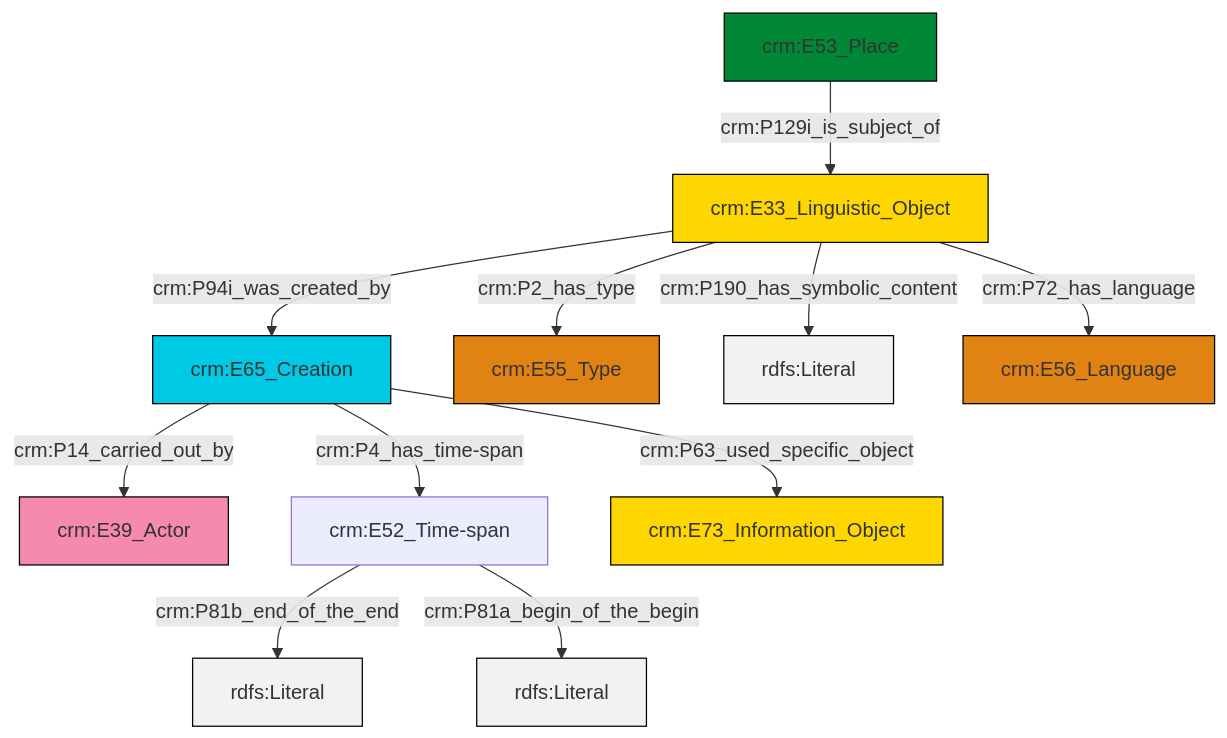
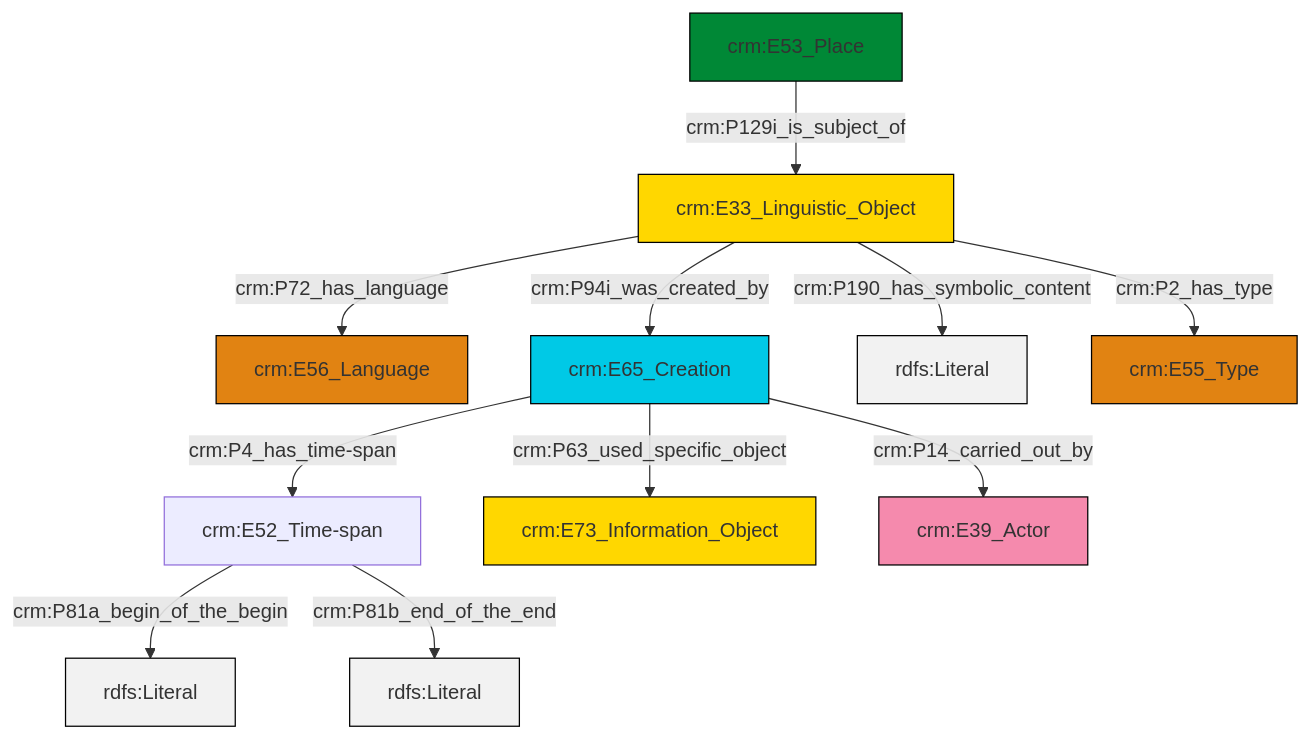
The diagram in et/placeCSV/ttl/mmd/place_description.ttl.mmd (swiss-art-research-net/reference-data-models), drawn with Mermaid before and after one commit. The commit also changed 126 other files, not shown here.

```diff
--- a/et/placeCSV/ttl/mmd/place_description.ttl.mmd
+++ b/et/placeCSV/ttl/mmd/place_description.ttl.mmd
@@ -1,25 +1,25 @@
 graph TD
 classDef Literal fill:#f2f2f2,stroke:#000000;
 classDef CRM_Entity fill:#FFFFFF,stroke:#000000;
 classDef Temporal_Entity fill:#00C9E6, stroke:#000000;
 classDef Type fill:#E18312, stroke:#000000;
 classDef Time-Span fill:#2C9C91, stroke:#000000;
 classDef Appellation fill:#FFEB7F, stroke:#000000;
 classDef Place fill:#008836, stroke:#000000;
 classDef Persistent_Item fill:#B266B2, stroke:#000000;
 classDef Conceptual_Object fill:#FFD700, stroke:#000000;
 classDef Physical_Thing fill:#D2B48C, stroke:#000000;
 classDef Actor fill:#f58aad, stroke:#000000;
 classDef PC_Classes fill:#4ce600, stroke:#000000;
 classDef Multi fill:#cccccc,stroke:#000000;
 
-0["crm:E65_Creation"]:::Temporal_Entity -->|crm:P14_carried_out_by| 1["crm:E39_Actor"]:::Actor
-3["crm:E33_Linguistic_Object"]:::Conceptual_Object -->|crm:P2_has_type| 4["crm:E55_Type"]:::Type
-5["crm:E53_Place"]:::Place -->|crm:P129i_is_subject_of| 3["crm:E33_Linguistic_Object"]:::Conceptual_Object
-3["crm:E33_Linguistic_Object"]:::Conceptual_Object -->|crm:P190_has_symbolic_content| 6[rdfs:Literal]:::Literal
-7["crm:E52_Time-span"]:::Default -->|crm:P81b_end_of_the_end| 11[rdfs:Literal]:::Literal
-7["crm:E52_Time-span"]:::Default -->|crm:P81a_begin_of_the_begin| 12[rdfs:Literal]:::Literal
-0["crm:E65_Creation"]:::Temporal_Entity -->|crm:P63_used_specific_object| 13["crm:E73_Information_Object"]:::Conceptual_Object
-3["crm:E33_Linguistic_Object"]:::Conceptual_Object -->|crm:P72_has_language| 15["crm:E56_Language"]:::Type
-3["crm:E33_Linguistic_Object"]:::Conceptual_Object -->|crm:P94i_was_created_by| 0["crm:E65_Creation"]:::Temporal_Entity
-0["crm:E65_Creation"]:::Temporal_Entity -->|crm:P4_has_time-span| 7["crm:E52_Time-span"]:::Default
+0["crm:E52_Time-span"]:::Default -->|crm:P81a_begin_of_the_begin| 1[rdfs:Literal]:::Literal
+0["crm:E52_Time-span"]:::Default -->|crm:P81b_end_of_the_end| 3[rdfs:Literal]:::Literal
+10["crm:E65_Creation"]:::Temporal_Entity -->|crm:P63_used_specific_object| 12["crm:E73_Information_Object"]:::Conceptual_Object
+8["crm:E33_Linguistic_Object"]:::Conceptual_Object -->|crm:P190_has_symbolic_content| 13[rdfs:Literal]:::Literal
+10["crm:E65_Creation"]:::Temporal_Entity -->|crm:P14_carried_out_by| 14["crm:E39_Actor"]:::Actor
+10["crm:E65_Creation"]:::Temporal_Entity -->|crm:P4_has_time-span| 0["crm:E52_Time-span"]:::Default
+8["crm:E33_Linguistic_Object"]:::Conceptual_Object -->|crm:P94i_was_created_by| 10["crm:E65_Creation"]:::Temporal_Entity
+8["crm:E33_Linguistic_Object"]:::Conceptual_Object -->|crm:P72_has_language| 4["crm:E56_Language"]:::Type
+6["crm:E53_Place"]:::Place -->|crm:P129i_is_subject_of| 8["crm:E33_Linguistic_Object"]:::Conceptual_Object
+8["crm:E33_Linguistic_Object"]:::Conceptual_Object -->|crm:P2_has_type| 15["crm:E55_Type"]:::Type
```
